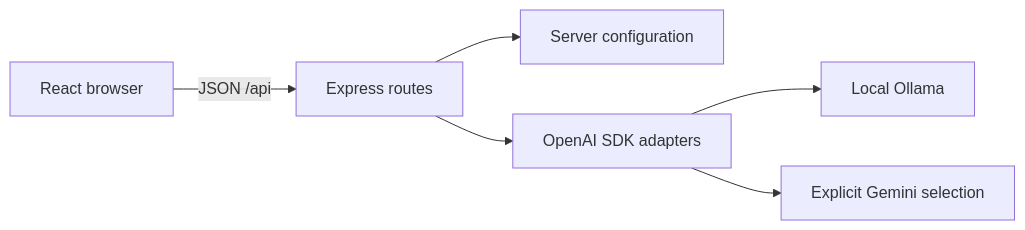
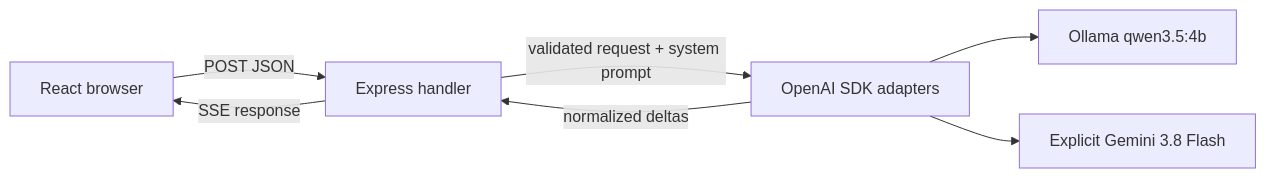
Before and after one commit to s3nsh1-dev/openai-sdk-project: the first of 4 diagrams in architecture.md, drawn with Mermaid. The commit also changed other lines of this file and 54 other files, not shown here.

````diff
--- a/architecture.md
+++ b/architecture.md
@@ -7,8 +21,9 @@
 ```mermaid
 flowchart LR
-  Browser[React browser] -->|JSON /api| Express[Express routes]
-  Express --> Config[Server configuration]
-  Express --> SDK[OpenAI SDK adapters]
-  SDK --> Ollama[Local Ollama]
-  SDK --> Gemini[Explicit Gemini selection]
+    Browser[React browser] -->|POST JSON| Server[Express handler]
+    Server -->|validated request + system prompt| Adapter[OpenAI SDK adapters]
+    Adapter --> Local[Ollama qwen3.5:4b]
+    Adapter --> Cloud[Explicit Gemini 3.8 Flash]
+    Adapter -->|normalized deltas| Server
+    Server -->|SSE response| Browser
 ```
````
